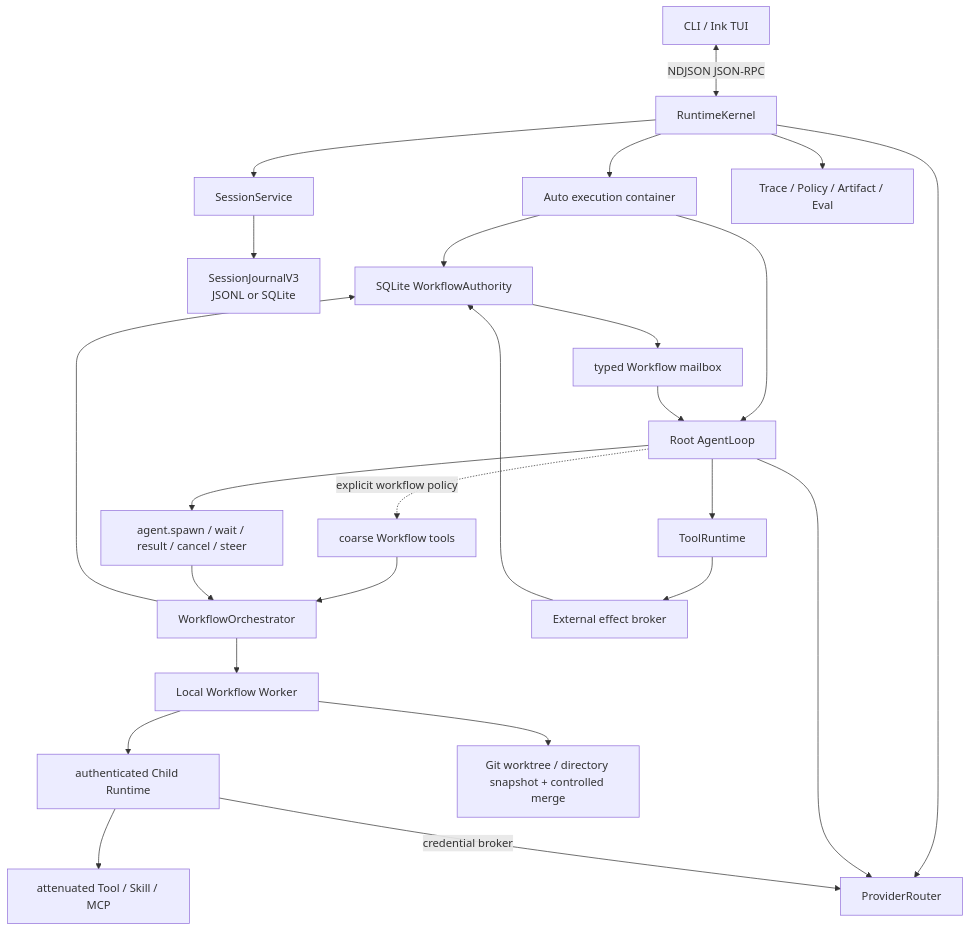
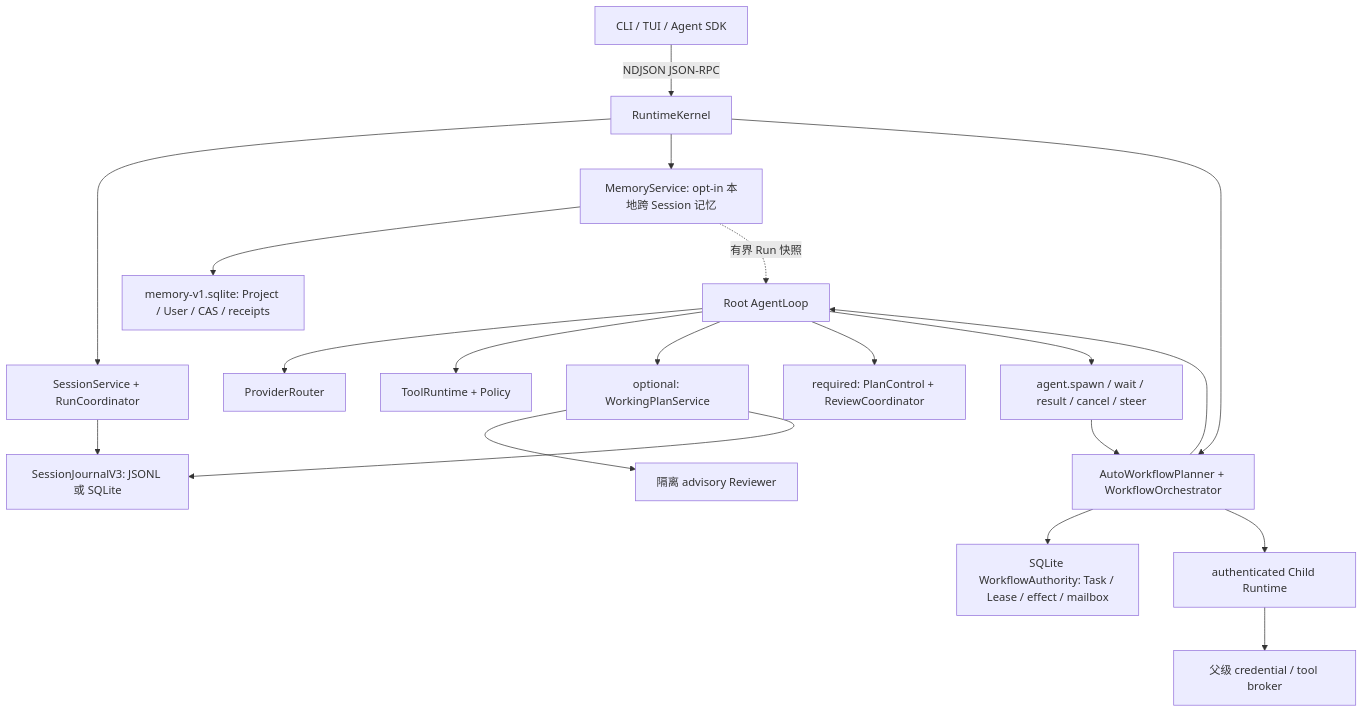
One commit to zr314/praxis-architecture-showcase changed the diagram in docs/architecture.md. Above: the diagram before and after it, drawn with Mermaid. The commit also changed other lines of this file and 338 other files, not shown here.

First line of the commit message:
feat: publish current agent runtime and planning snapshot [skip ci]

````diff
--- a/docs/architecture.md
+++ b/docs/architecture.md
@@ -7,27 +7,22 @@
 ```mermaid
-flowchart TB
-    CLI["CLI / Ink TUI"] <-->|"NDJSON JSON-RPC"| K["RuntimeKernel"]
-    K --> SS["SessionService"]
-    SS --> SJ["SessionJournalV3\nJSONL or SQLite"]
-    K --> AW["Auto execution container"]
-    AW --> WA["SQLite WorkflowAuthority"]
-    AW --> AL["Root AgentLoop"]
-    AL --> TR["ToolRuntime"]
-    AL --> AD["agent.spawn / wait / result / cancel / steer"]
-    AL -. "explicit workflow policy" .-> WF["coarse Workflow tools"]
-    WF --> OR
-    AD --> OR["WorkflowOrchestrator"]
-    OR --> WA
-    WA --> MB["typed Workflow mailbox"]
-    MB --> AL
-    OR --> LW["Local Workflow Worker"]
-    LW --> CH["authenticated Child Runtime"]
-    CH --> TR2["attenuated Tool / Skill / MCP"]
-    LW --> WT["Git worktree / directory snapshot + controlled merge"]
-    K --> PR["ProviderRouter"]
-    AL --> PR
-    CH -->|"credential broker"| PR
-    K --> TS["Trace / Policy / Artifact / Eval"]
-    TR --> EB["External effect broker"]
-    EB --> WA
+flowchart TD
+    UI["CLI / TUI / Agent SDK"] -->|"NDJSON JSON-RPC"| K["RuntimeKernel"]
+    K --> S["SessionService + RunCoordinator"]
+    K --> M["MemoryService: opt-in 本地跨 Session 记忆"]
+    M --> MD["memory-v1.sqlite: Project / User / CAS / receipts"]
+    M -. "有界 Run 快照" .-> L
+    S --> J["SessionJournalV3: JSONL 或 SQLite"]
+    K --> W["AutoWorkflowPlanner + WorkflowOrchestrator"]
+    W --> A["SQLite WorkflowAuthority: Task / Lease / effect / mailbox"]
+    W --> L["Root AgentLoop"]
+    L --> P["ProviderRouter"]
+    L --> T["ToolRuntime + Policy"]
+    L --> WP["optional: WorkingPlanService"]
+    WP --> R["隔离 advisory Reviewer"]
+    WP --> J
+    L --> RP["required: PlanControl + ReviewCoordinator"]
+    L --> C["agent.spawn / wait / result / cancel / steer"]
+    C --> W
+    W --> CH["authenticated Child Runtime"]
+    CH --> B["父级 credential / tool broker"]
 ```
````
